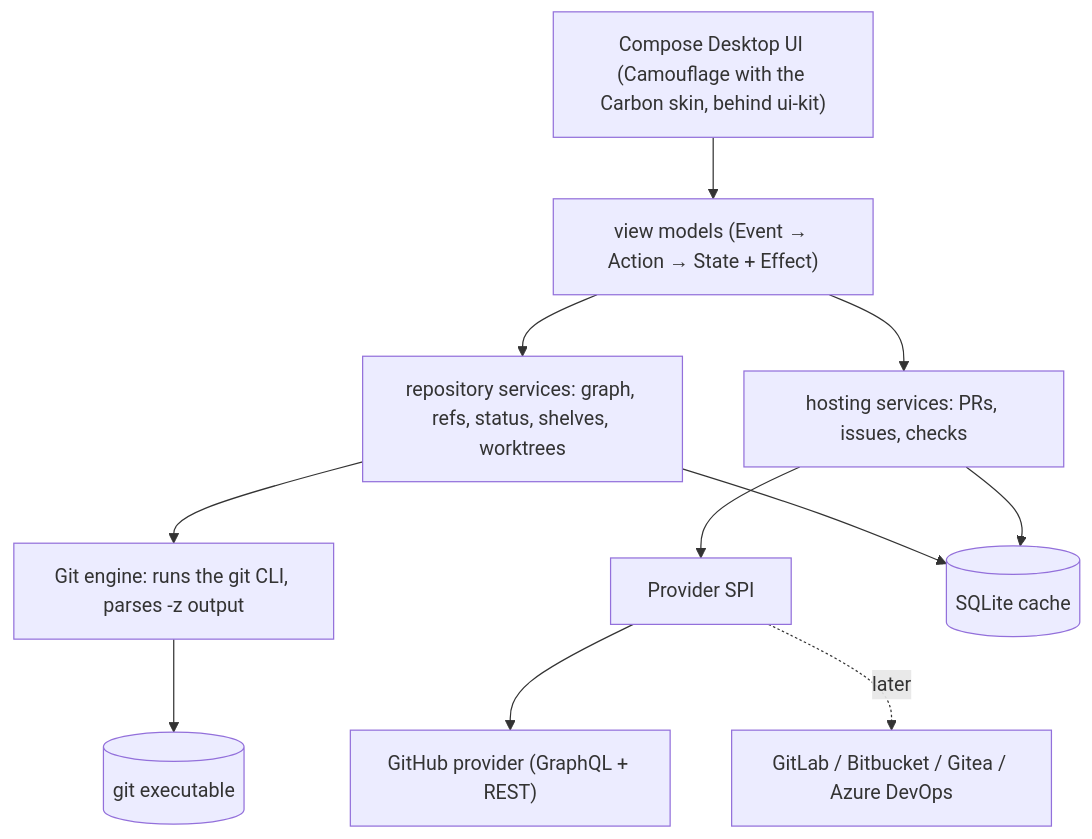
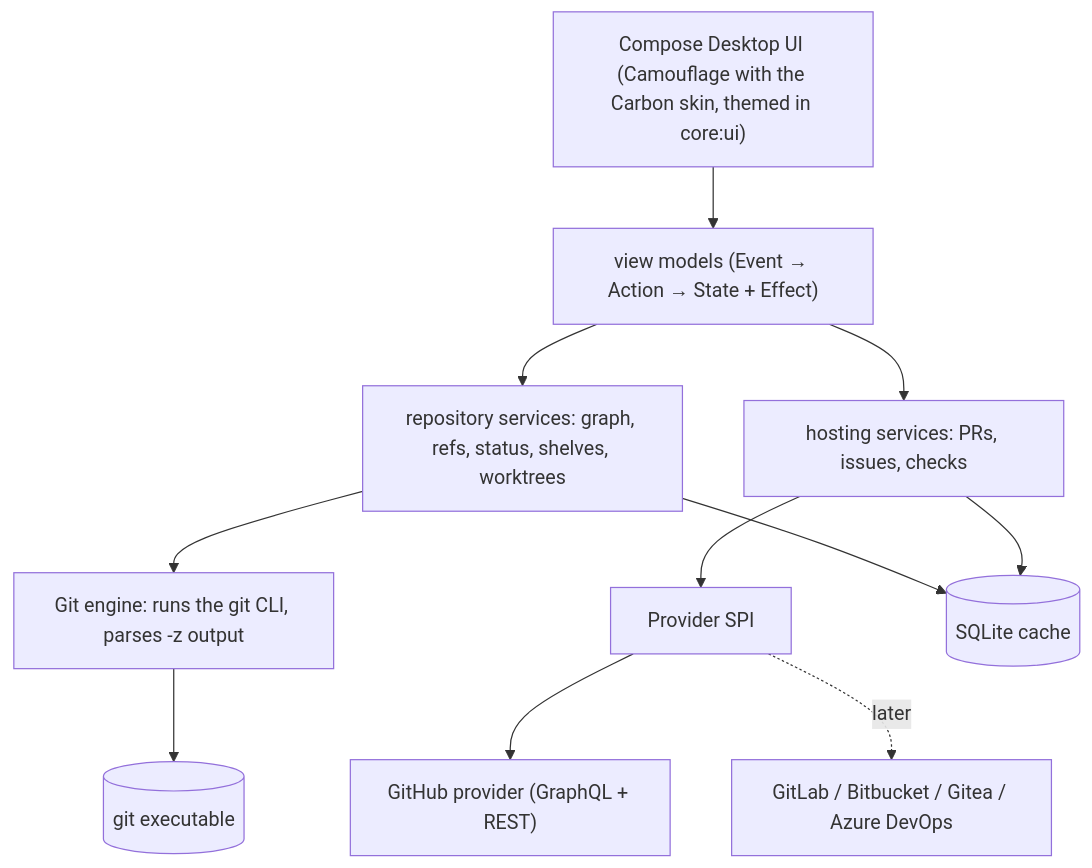
The diagram in docs/design/00 - Overview.md (srctool/graft), drawn with Mermaid before and after one commit. The commit also changed other lines of this file and 23 other files, not shown here.

````diff
--- a/docs/design/00 - Overview.md
+++ b/docs/design/00 - Overview.md
@@ -68,13 +68,13 @@
 ```mermaid
 flowchart TB
-    UI["Compose Desktop UI (Camouflage with the Carbon skin, behind ui-kit)"] --> VM["view models (Event → Action → State + Effect)"]
+    UI["Compose Desktop UI (Camouflage with the Carbon skin, themed in core:ui)"] --> VM["view models (Event → Action → State + Effect)"]
     VM --> REPO["repository services: graph, refs, status, shelves, worktrees"]
     VM --> HOST["hosting services: PRs, issues, checks"]
     REPO --> ENG["Git engine: runs the git CLI, parses -z output"]
     HOST --> PROV["Provider SPI"]
     PROV --> GH["GitHub provider (GraphQL + REST)"]
     PROV -.later.-> GL["GitLab / Bitbucket / Gitea / Azure DevOps"]
     ENG --> GIT[("git executable")]
     REPO --> CACHE[("SQLite cache")]
     HOST --> CACHE
 ```
````
